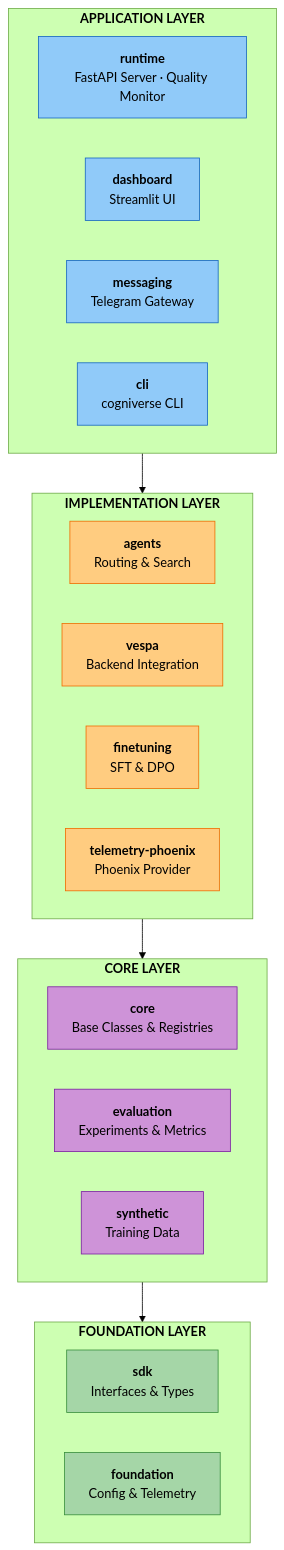
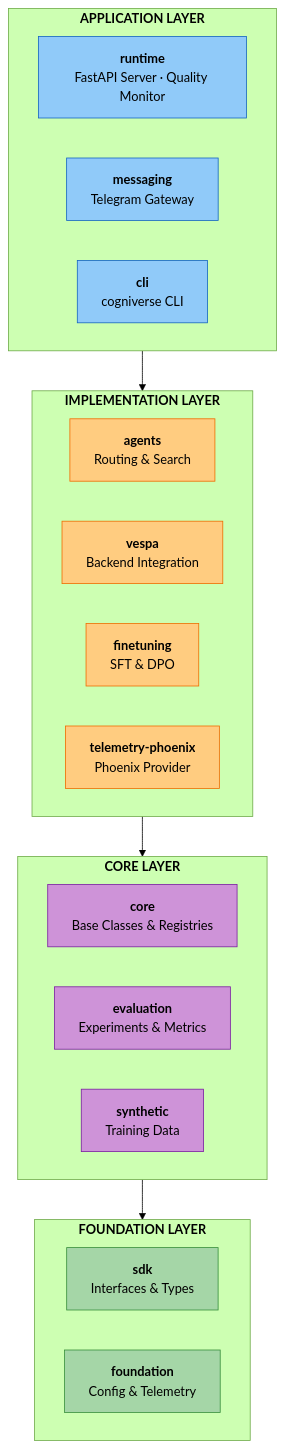
The first of 5 diagrams in docs/DEVELOPER_GUIDE.md (amit-jain/cogniverse), drawn with Mermaid (forest theme) before and after one commit. The commit also changed other lines of this file and 241 other files, not shown here.

First line of the commit message:
Remove the Streamlit dashboard

````diff
--- a/docs/DEVELOPER_GUIDE.md
+++ b/docs/DEVELOPER_GUIDE.md
@@ -70,52 +70,50 @@
 ```mermaid
 flowchart TB
     subgraph APP["<span style='color:#000'><b>APPLICATION LAYER</b></span>"]
         runtime["<span style='color:#000'><b>runtime</b><br/>FastAPI Server · Quality Monitor</span>"]
-        dashboard["<span style='color:#000'><b>dashboard</b><br/>Streamlit UI</span>"]
         messaging["<span style='color:#000'><b>messaging</b><br/>Telegram Gateway</span>"]
         cogcli["<span style='color:#000'><b>cli</b><br/>cogniverse CLI</span>"]
     end
 
     subgraph IMPL["<span style='color:#000'><b>IMPLEMENTATION LAYER</b></span>"]
         agents["<span style='color:#000'><b>agents</b><br/>Routing & Search</span>"]
         vespa["<span style='color:#000'><b>vespa</b><br/>Backend Integration</span>"]
         finetuning["<span style='color:#000'><b>finetuning</b><br/>SFT & DPO</span>"]
         telemetry_phoenix["<span style='color:#000'><b>telemetry-phoenix</b><br/>Phoenix Provider</span>"]
     end
 
     subgraph CORE["<span style='color:#000'><b>CORE LAYER</b></span>"]
         core["<span style='color:#000'><b>core</b><br/>Base Classes & Registries</span>"]
         evaluation["<span style='color:#000'><b>evaluation</b><br/>Experiments & Metrics</span>"]
         synthetic["<span style='color:#000'><b>synthetic</b><br/>Training Data</span>"]
     end
 
     subgraph FOUND["<span style='color:#000'><b>FOUNDATION LAYER</b></span>"]
         sdk["<span style='color:#000'><b>sdk</b><br/>Interfaces & Types</span>"]
         foundation["<span style='color:#000'><b>foundation</b><br/>Config & Telemetry</span>"]
     end
 
     APP --> IMPL
     IMPL --> CORE
     CORE --> FOUND
 
     %% Styling - Foundation Layer (green)
     style sdk fill:#a5d6a7,stroke:#388e3c,color:#000
     style foundation fill:#a5d6a7,stroke:#388e3c,color:#000
 
     %% Styling - Core Layer (purple)
     style core fill:#ce93d8,stroke:#7b1fa2,color:#000
     style evaluation fill:#ce93d8,stroke:#7b1fa2,color:#000
     style synthetic fill:#ce93d8,stroke:#7b1fa2,color:#000
 
     %% Styling - Implementation Layer (orange)
     style agents fill:#ffcc80,stroke:#ef6c00,color:#000
     style vespa fill:#ffcc80,stroke:#ef6c00,color:#000
     style finetuning fill:#ffcc80,stroke:#ef6c00,color:#000
     style telemetry_phoenix fill:#ffcc80,stroke:#ef6c00,color:#000
 
     %% Styling - Application Layer (blue)
     style runtime fill:#90caf9,stroke:#1565c0,color:#000
-    style dashboard fill:#90caf9,stroke:#1565c0,color:#000
     style messaging fill:#90caf9,stroke:#1565c0,color:#000
     style cogcli fill:#90caf9,stroke:#1565c0,color:#000
 ```
````
